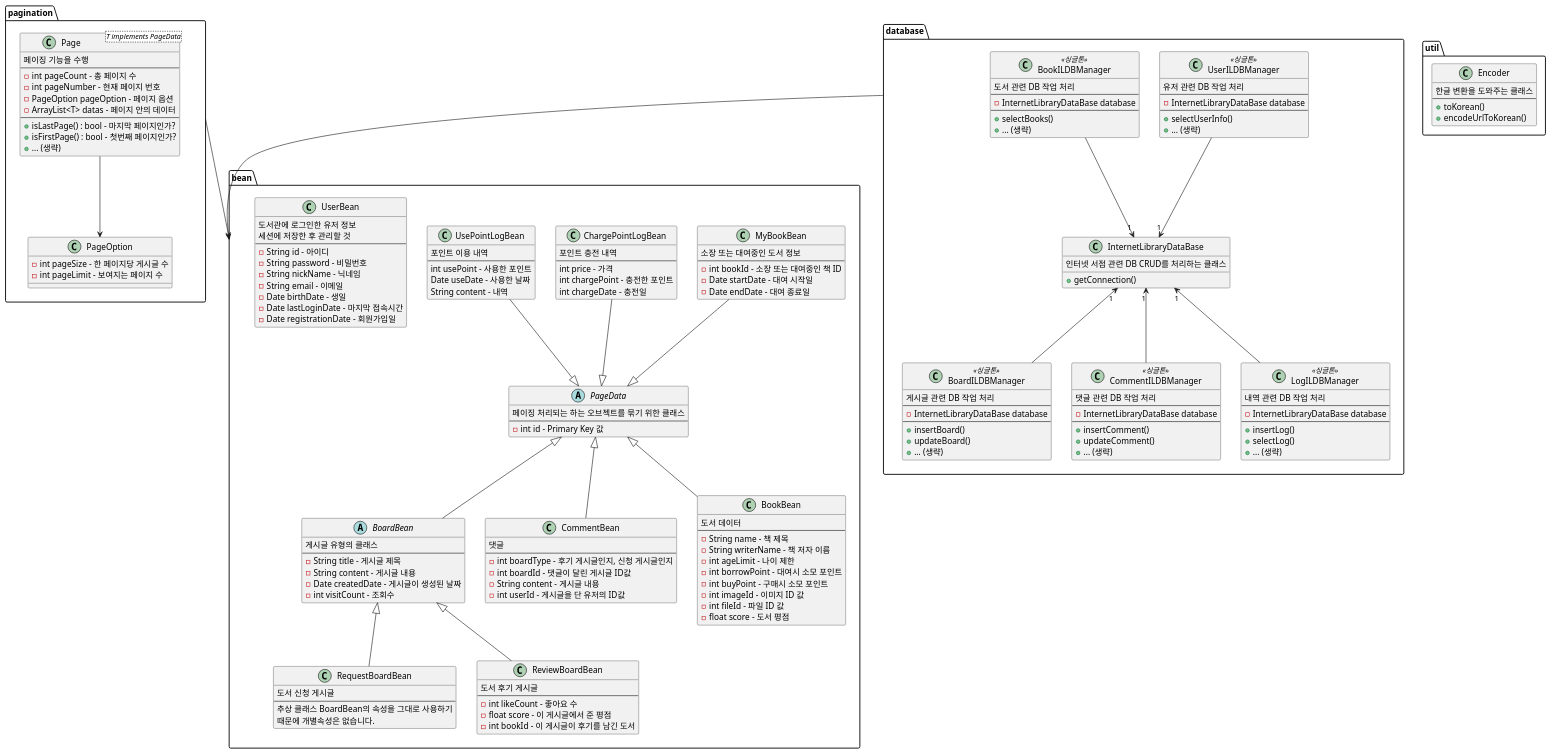
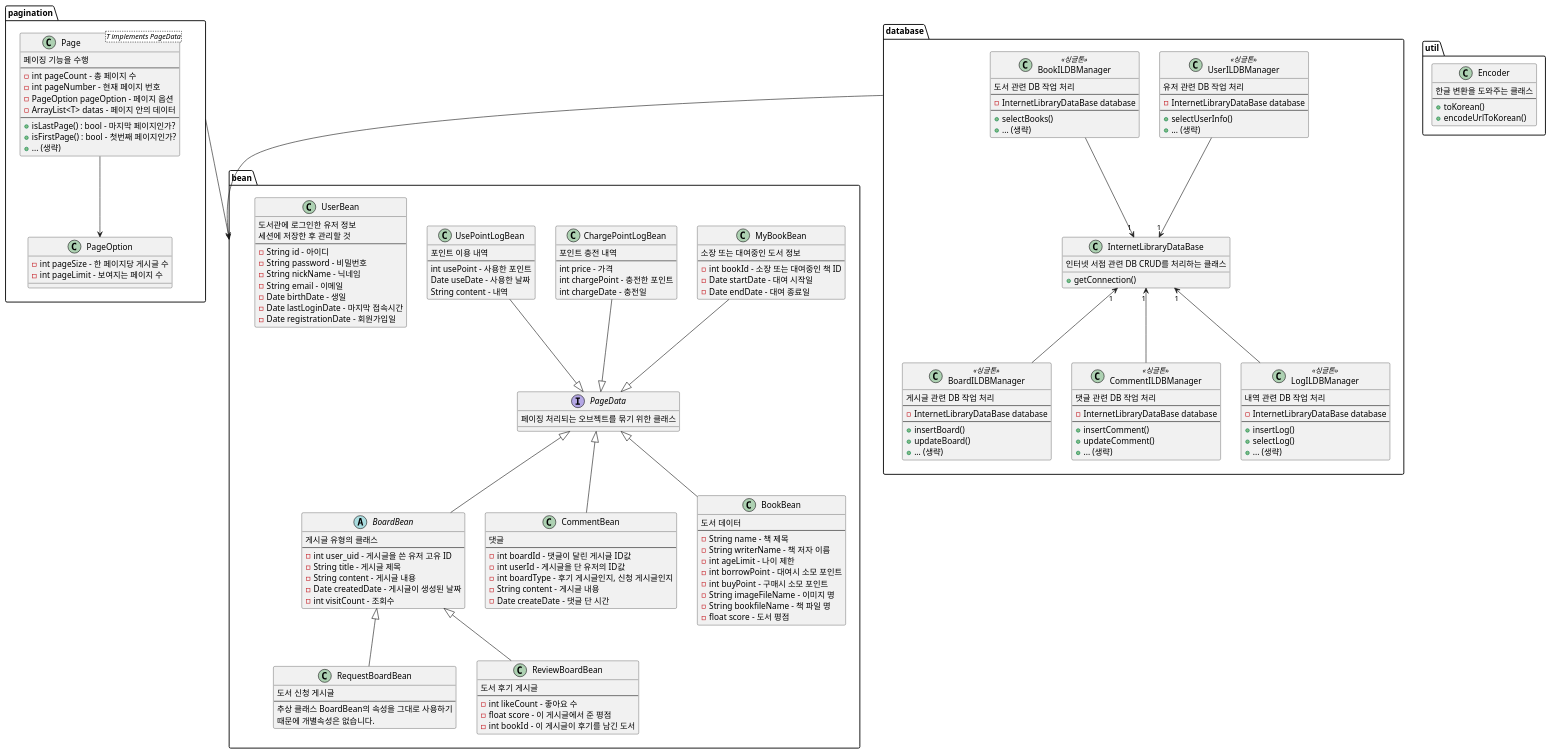
The diagram in Documents/클래스 디자인/ClassDesign.puml (yjd6808/_Team_InternetLibrary), drawn with PlantUML before and after one commit. The commit also changed 45 other files, not shown here.

```diff
--- a/Documents/클래스 디자인/ClassDesign.puml
+++ b/Documents/클래스 디자인/ClassDesign.puml
@@ -2,15 +2,14 @@
 
 
 package bean {
-    abstract class PageData {
-        페이징 처리되는 하는 오브젝트를 묶기 위한 클래스
-        --
-        - int id - Primary Key 값
+    interface PageData {
+        페이징 처리되는 오브젝트를 묶기 위한 클래스
     }
 
     abstract class BoardBean {
         게시글 유형의 클래스
         --
+        - int user_uid - 게시글을 쓴 유저 고유 ID
         - String title - 게시글 제목
         - String content - 게시글 내용
         - Date createdDate - 게시글이 생성된 날짜
@@ -34,10 +33,11 @@
     class CommentBean {
         댓글
         --
+        - int boardId - 댓글이 달린 게시글 ID값
+        - int userId - 게시글을 단 유저의 ID값
         - int boardType - 후기 게시글인지, 신청 게시글인지
-        - int boardId - 댓글이 달린 게시글 ID값
         - String content - 게시글 내용
-        - int userId - 게시글을 단 유저의 ID값
+        - Date createDate - 댓글 단 시간
     }
 
     class BookBean  {
@@ -48,8 +48,8 @@
         - int ageLimit - 나이 제한
         - int borrowPoint - 대여시 소모 포인트
         - int buyPoint - 구매시 소모 포인트
-        - int imageId - 이미지 ID 값
-        - int fileId - 파일 ID 값
+        - String imageFileName - 이미지 명
+        - String bookfileName - 책 파일 명
         - float score - 도서 평점
     }
 
```
